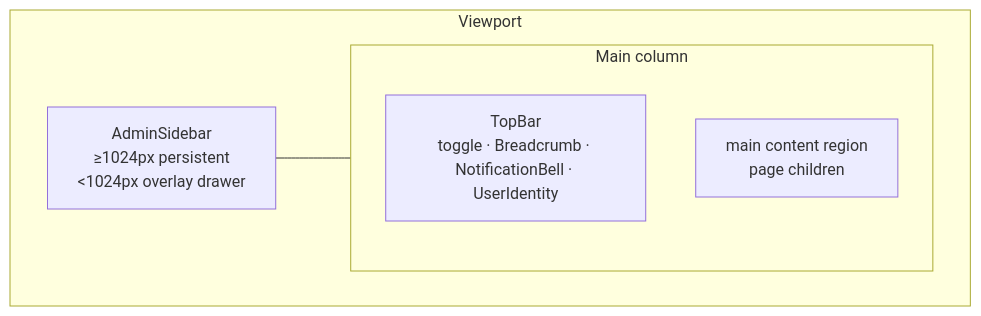
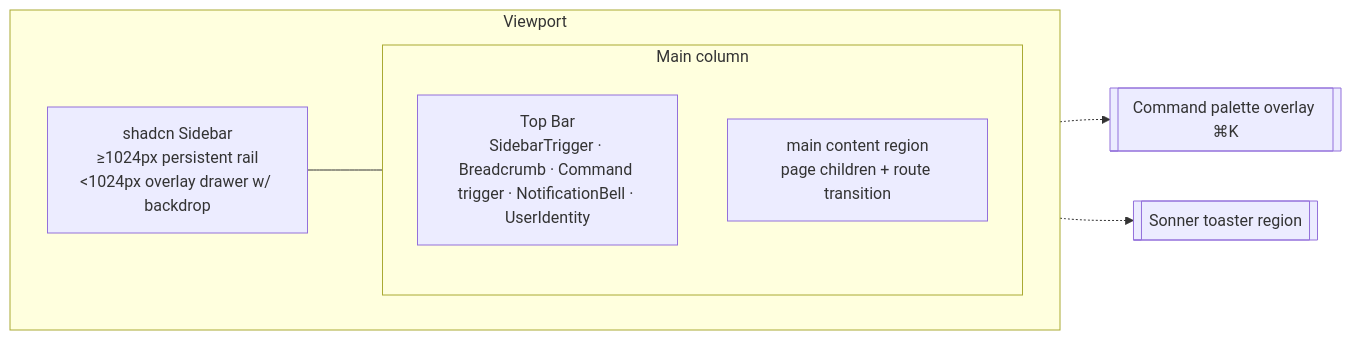
The third of 5 diagrams in .kiro/specs/admin-portal-redesign/design.md (royalglowsalonspa/theroyalglow-webapp), drawn with Mermaid before and after one commit. The commit also changed other lines of this file and 80 other files, not shown here.

First line of the commit message:
feat(admin): redesign admin portal on a shadcn UI system

````diff
--- a/.kiro/specs/admin-portal-redesign/design.md
+++ b/.kiro/specs/admin-portal-redesign/design.md
@@ -161,13 +262,17 @@
 ```mermaid
 graph LR
   subgraph Viewport
     direction LR
-    SB[AdminSidebar<br/>≥1024px persistent<br/><1024px overlay drawer]
+    SB[shadcn Sidebar<br/>≥1024px persistent rail<br/><1024px overlay drawer w/ backdrop]
     subgraph Main[Main column]
       direction TB
-      TB[TopBar<br/>toggle · Breadcrumb · NotificationBell · UserIdentity]
-      CT[main content region<br/>page children]
+      TB[Top Bar<br/>SidebarTrigger · Breadcrumb · Command trigger · NotificationBell · UserIdentity]
+      CT[main content region<br/>page children + route transition]
     end
   end
   SB --- Main
+  CMD[[Command palette overlay ⌘K]]
+  SON[[Sonner toaster region]]
+  Main -.-> CMD
+  Main -.-> SON
 ```
````
